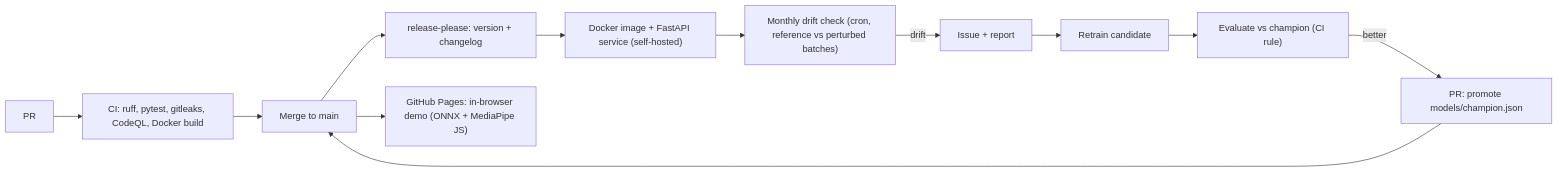
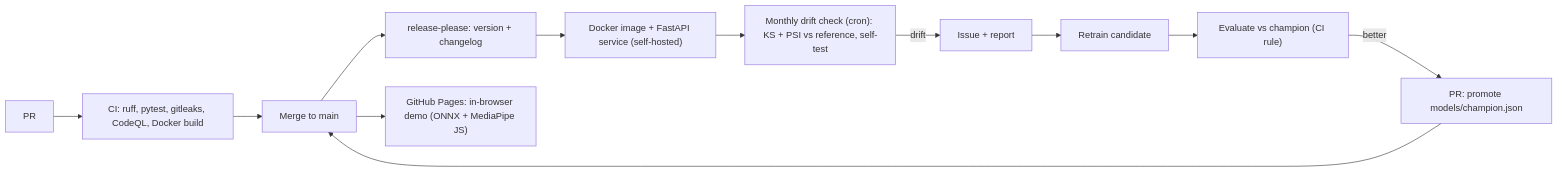
The diagram in README.md (gabrielkpo/Fall-detection), drawn with Mermaid before and after one commit. The commit also changed other lines of this file and 16 other files, not shown here.

First line of the commit message:
feat: monthly drift monitoring and frozen-split model promotion

````diff
--- a/README.md
+++ b/README.md
@@ -8,14 +8,14 @@
 ```mermaid
 flowchart LR
     A[PR] --> B["CI: ruff, pytest, gitleaks, CodeQL, Docker build"]
     B --> C[Merge to main]
     C --> D["release-please: version + changelog"]
     C --> E["GitHub Pages: in-browser demo (ONNX + MediaPipe JS)"]
     D --> F["Docker image + FastAPI service (self-hosted)"]
-    F --> G["Monthly drift check (cron, reference vs perturbed batches)"]
+    F --> G["Monthly drift check (cron): KS + PSI vs reference, self-test"]
     G -->|drift| H[Issue + report]
     H --> I["Retrain candidate"]
     I --> J["Evaluate vs champion (CI rule)"]
     J -->|better| K["PR: promote models/champion.json"]
     K --> C
 ```
````
